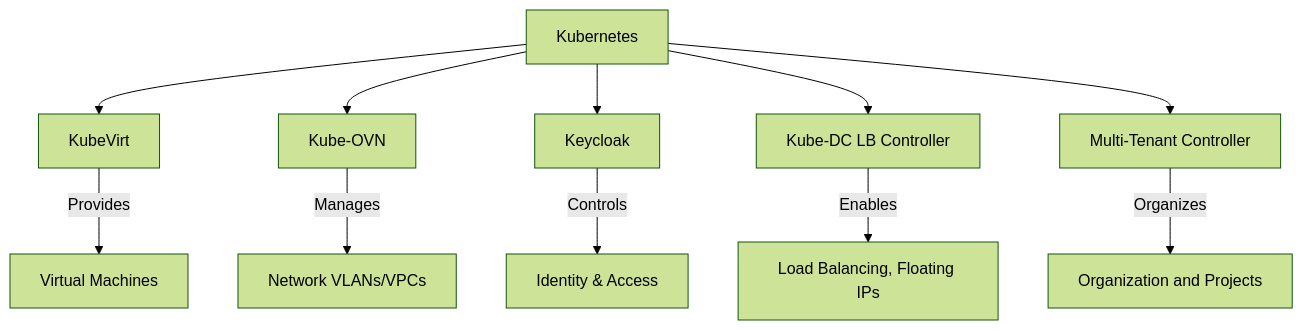
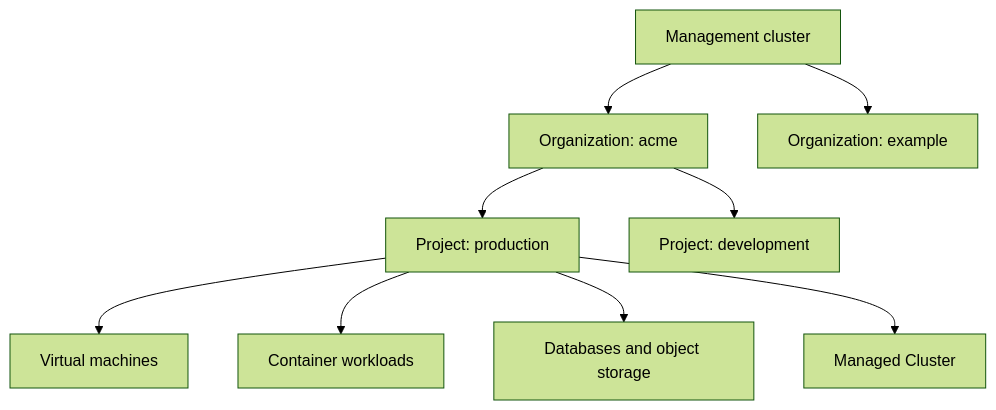
The first of 2 diagrams in docs/platform/architecture-overview.md (kube-dc/kube-dc-public), drawn with Mermaid (forest theme) before and after one commit. The commit also changed other lines of this file and 150 other files, not shown here.

````diff
--- a/docs/platform/architecture-overview.md
+++ b/docs/platform/architecture-overview.md
@@ -15,14 +11,16 @@
 ```mermaid
-graph TD
-    K8s[Kubernetes] --> KubeVirt[KubeVirt]    
-    K8s --> KubeOVN[Kube-OVN]    
-    K8s --> Keycloak[Keycloak]    
-    K8s --> LBController[Kube-DC LB Controller]    
-    K8s --> MultiTenant[Multi-Tenant Controller]
-    
-    KubeVirt -->|Provides| VMs[Virtual Machines]
-    KubeOVN -->|Manages| Networking[Network VLANs/VPCs]
-    Keycloak -->|Controls| IAM[Identity & Access]
-    LBController -->|Enables| LoadBalancing[Load Balancing, Floating IPs]
-    MultiTenant -->|Organizes| Resources[Organization and Projects]
+flowchart TB
+  accTitle: Kube-DC product hierarchy
+  accDescr: A management cluster contains Organizations, each Organization contains Projects, and Projects contain workloads and Managed Clusters.
+  Platform[Management cluster]
+  Platform --> OrgA[Organization: acme]
+  Platform --> OrgB[Organization: example]
+
+  OrgA --> ProjectA[Project: production]
+  OrgA --> ProjectB[Project: development]
+
+  ProjectA --> VM[Virtual machines]
+  ProjectA --> Apps[Container workloads]
+  ProjectA --> Data[Databases and object storage]
+  ProjectA --> Managed[Managed Cluster]
 ```
````
